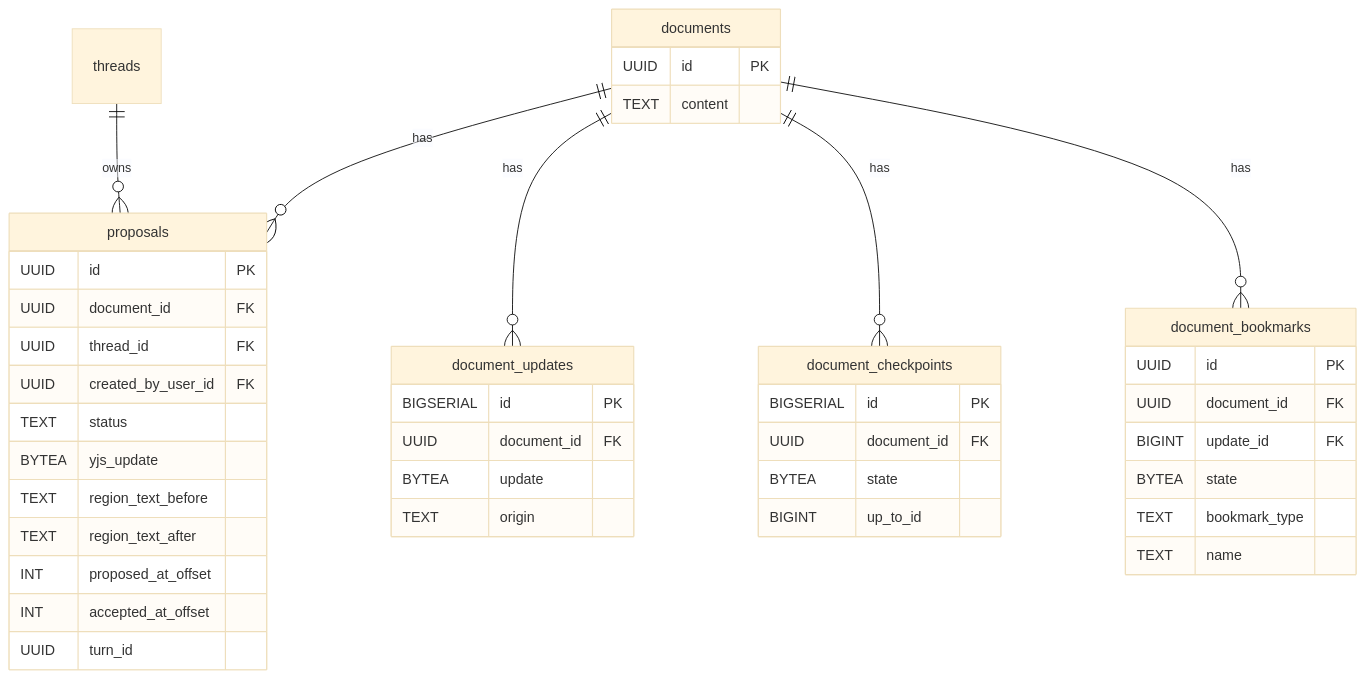
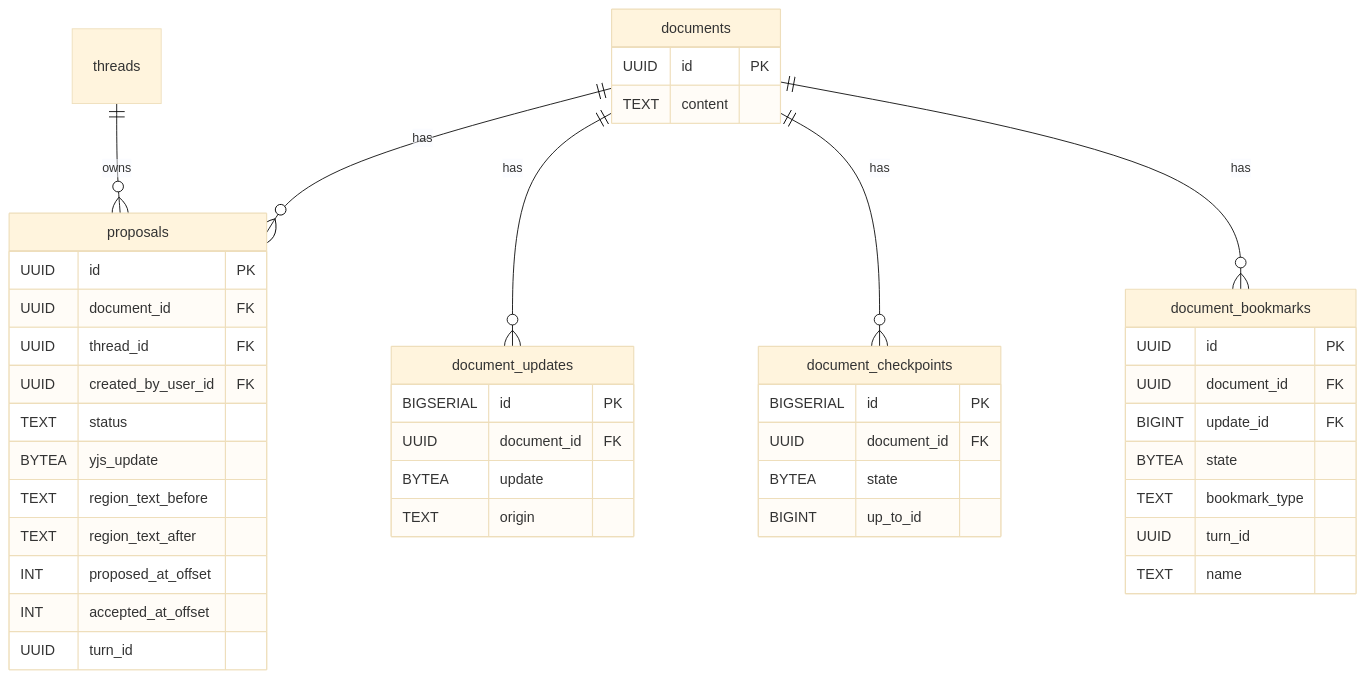
One commit to haowjy/meridian-flow changed the first of 2 diagrams in .meridian/work/collab-data-model-v2/spec/schema-design.md. Above: the diagram before and after it, drawn with Mermaid (base theme). The commit also changed 6 other files, not shown here.

````diff
--- a/.meridian/work/collab-data-model-v2/spec/schema-design.md
+++ b/.meridian/work/collab-data-model-v2/spec/schema-design.md
@@ -11,46 +11,47 @@
 ```mermaid
 erDiagram
     documents ||--o{ proposals : has
     documents ||--o{ document_updates : has
     documents ||--o{ document_checkpoints : has
     documents ||--o{ document_bookmarks : has
     threads ||--o{ proposals : owns
 
     documents {
         UUID id PK
         TEXT content
     }
     proposals {
         UUID id PK
         UUID document_id FK
         UUID thread_id FK
         UUID created_by_user_id FK
         TEXT status
         BYTEA yjs_update
         TEXT region_text_before
         TEXT region_text_after
         INT proposed_at_offset
         INT accepted_at_offset
         UUID turn_id
     }
     document_updates {
         BIGSERIAL id PK
         UUID document_id FK
         BYTEA update
         TEXT origin
     }
     document_checkpoints {
         BIGSERIAL id PK
         UUID document_id FK
         BYTEA state
         BIGINT up_to_id
     }
     document_bookmarks {
         UUID id PK
         UUID document_id FK
         BIGINT update_id FK
         BYTEA state
         TEXT bookmark_type
+        UUID turn_id
         TEXT name
     }
 ```
````
